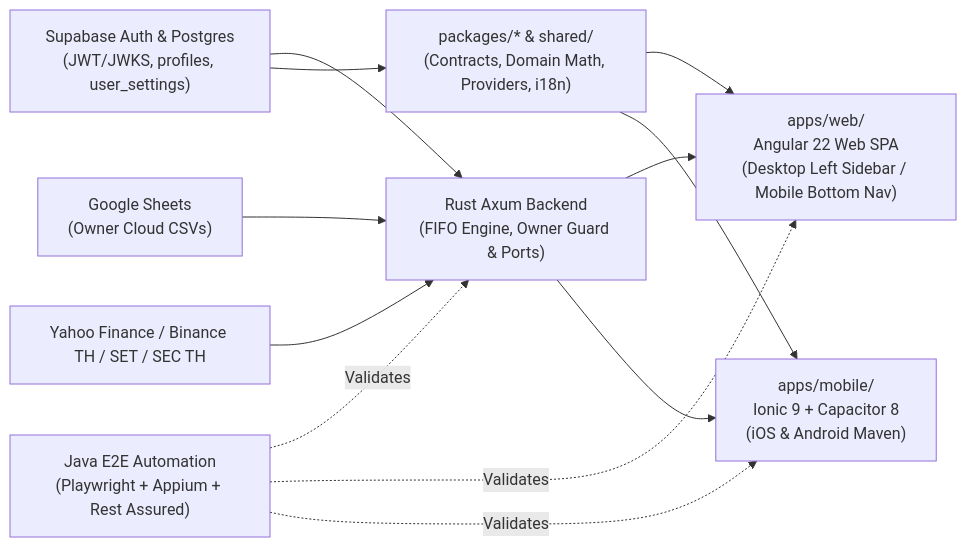
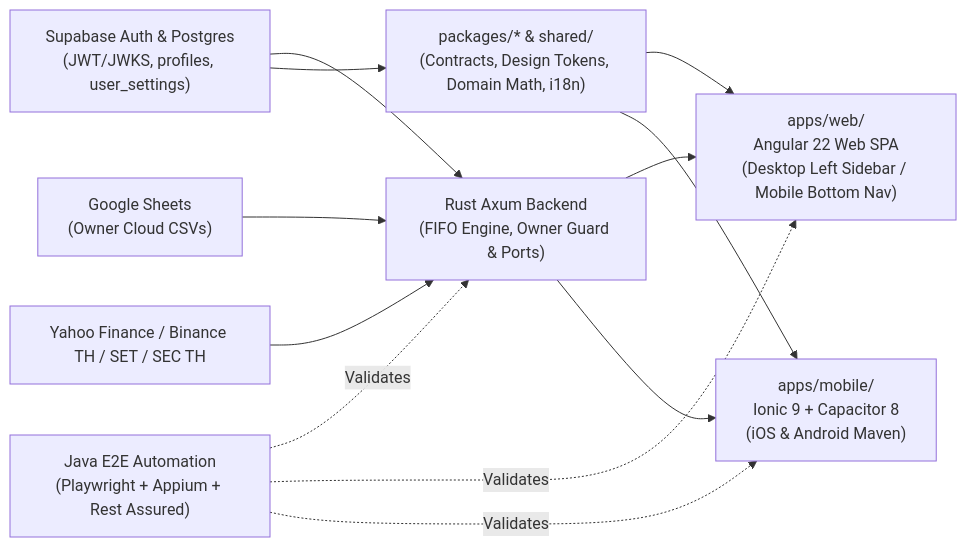
One commit to vipatpolk/SGSK-Wealth changed the diagram in README.md. Above: the diagram before and after it, drawn with Mermaid. The commit also changed other lines of this file and 69 other files, not shown here.

Commit message:
feat(ui): unify design tokens, system theme mode, and menu icons

````diff
--- a/README.md
+++ b/README.md
@@ -44,14 +44,14 @@
 ```mermaid
 flowchart LR
     DataSources["Google Sheets\n(Owner Cloud CSVs)"] --> Backend["Rust Axum Backend\n(FIFO Engine, Owner Guard & Ports)"]
     Supabase["Supabase Auth & Postgres\n(JWT/JWKS, profiles, user_settings)"] --> Backend
-    Supabase --> Shared["packages/* & shared/\n(Contracts, Domain Math, Providers, i18n)"]
+    Supabase --> Shared["packages/* & shared/\n(Contracts, Design Tokens, Domain Math, i18n)"]
     MarketData["Yahoo Finance / Binance TH / SET / SEC TH"] --> Backend
     Shared --> Web["apps/web/\nAngular 22 Web SPA\n(Desktop Left Sidebar / Mobile Bottom Nav)"]
     Shared --> Mobile["apps/mobile/\nIonic 9 + Capacitor 8\n(iOS & Android Maven)"]
     Backend --> Web
     Backend --> Mobile
     E2E["Java E2E Automation\n(Playwright + Appium + Rest Assured)"] -. Validates .-> Backend
     E2E -. Validates .-> Web
     E2E -. Validates .-> Mobile
 ```
````
